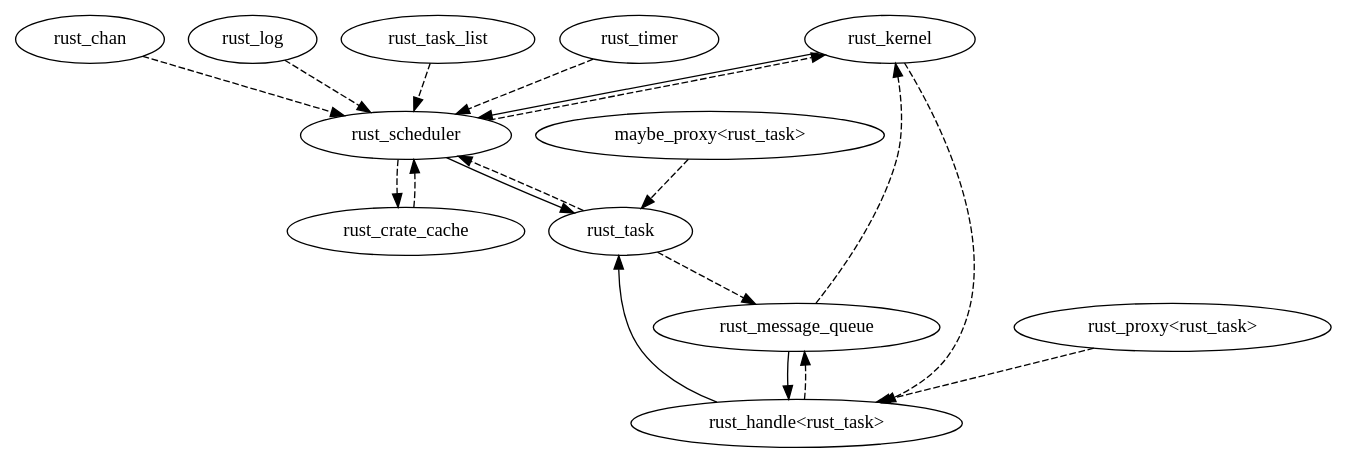
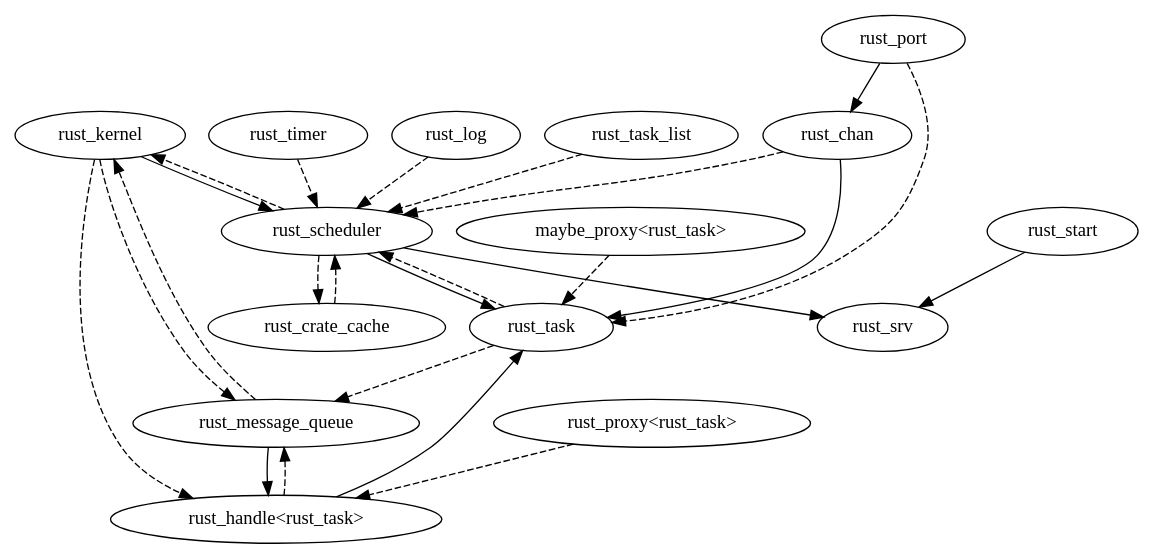
Before and after one commit to eholk/rust: the diagram in doc/rt_refs.dot, drawn with Graphviz.

```diff
--- a/doc/rt_refs.dot
+++ b/doc/rt_refs.dot
@@ -1,34 +1,40 @@
 // An incomplete graph of what objects hold references to what
 // objects. This should either be a DAG or we should have special
 // handling in place to break cycles.
 
 // Solid lines indicate a ref counting reference, dashed lines are
 // non-ref counting references. The solid lines should be acyclic (or
 // care should be taken care to break the cycles), and the lifetime
 // for dashed references needs to be contained by a dotted
 // reference. I think this more or less means that cycles including
 // dashed lines need to be dominated by some incoming solid line.
 
 digraph "Rust Runtime Reference Structure" {
     rust_kernel -> rust_scheduler;
     rust_kernel -> "rust_handle<rust_task>" [style=dashed];
     rust_message_queue -> "rust_handle<rust_task>";
     "rust_handle<rust_task>" -> rust_task;
     rust_task -> rust_message_queue [style=dashed];
     rust_scheduler -> rust_task;
     "maybe_proxy<rust_task>" -> rust_task [style=dashed];
     "rust_proxy<rust_task>" -> "rust_handle<rust_task>" [style=dashed];
     rust_task -> rust_scheduler [style=dashed];
     rust_crate_cache -> rust_scheduler [style=dashed];
     rust_scheduler -> rust_crate_cache [style=dashed];
     rust_scheduler -> rust_kernel [style=dashed];
     // rust_timer is dead code for the moment.
     rust_timer -> rust_scheduler [style=dashed];
     rust_chan -> rust_scheduler [style=dashed];
     rust_log -> rust_scheduler [style=dashed];
     // The scheduler contains three of these, but not as references
     rust_task_list -> rust_scheduler [style=dashed];
     rust_message_queue -> rust_kernel [style=dashed];
     "rust_handle<rust_task>" -> rust_message_queue [style=dashed];
-   
+    rust_chan -> rust_task;
+    rust_port -> rust_chan;
+    rust_port -> rust_task [style=dashed];
+    rust_kernel -> rust_message_queue [style=dashed];
+    rust_start -> rust_srv;
+    rust_scheduler -> rust_srv;
+    
 }
```
